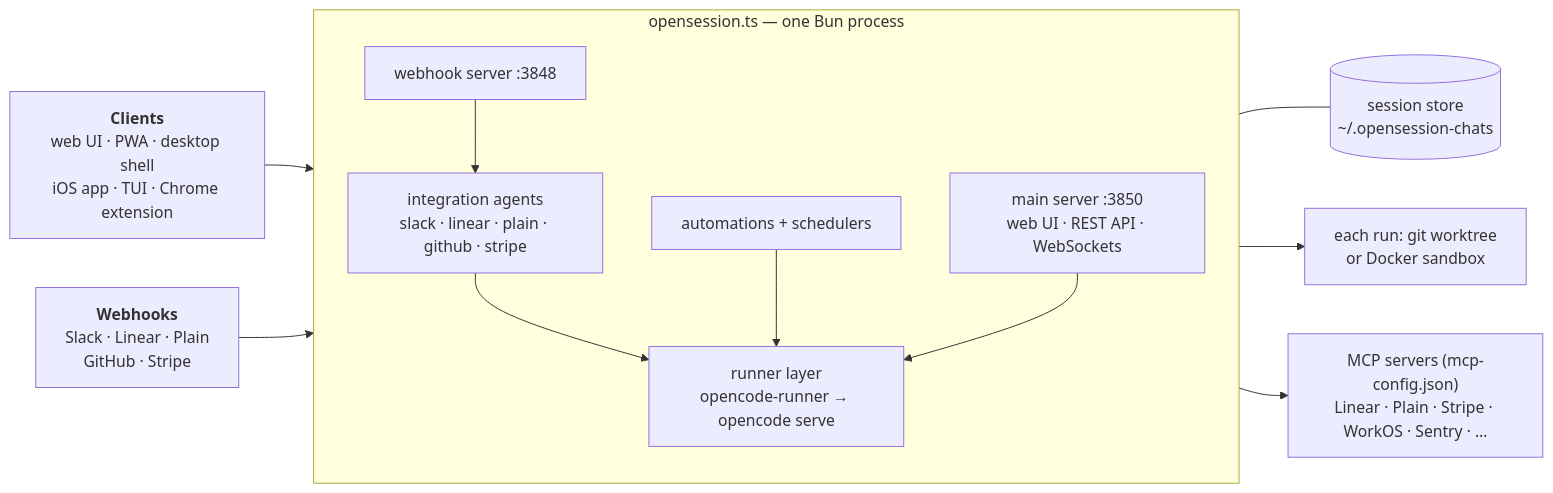
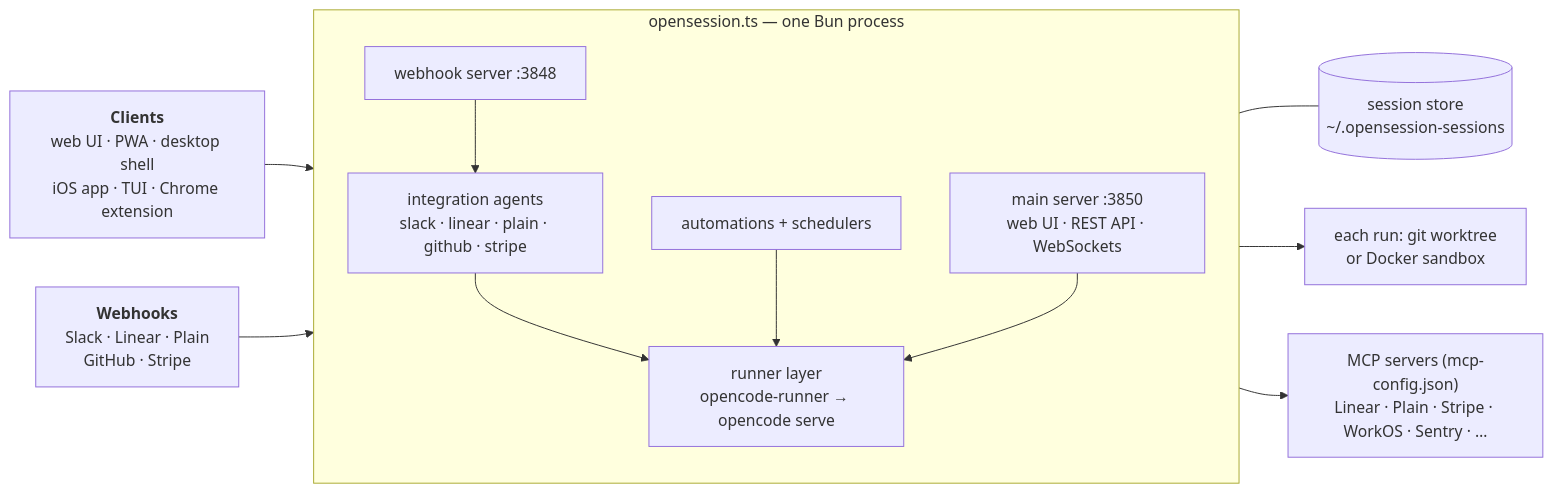
Before and after one commit to Recovr-Rehab/opensession: the diagram in docs/setup/README.md, drawn with Mermaid. The commit also changed other lines of this file and 246 other files, not shown here.

````diff
--- a/docs/setup/README.md
+++ b/docs/setup/README.md
@@ -26,24 +26,24 @@
 ```mermaid
 flowchart LR
   clients["<b>Clients</b><br/>web UI · PWA · desktop shell<br/>iOS app · TUI · Chrome extension"]
   hooks["<b>Webhooks</b><br/>Slack · Linear · Plain<br/>GitHub · Stripe"]
 
   subgraph bun["opensession.ts — one Bun process"]
     direction TB
     http["main server :3850<br/>web UI · REST API · WebSockets"]
     wh["webhook server :3848"]
     agents["integration agents<br/>slack · linear · plain · github · stripe"]
     autos["automations + schedulers"]
     runner["runner layer<br/>opencode-runner → opencode serve"]
     wh --> agents
     agents --> runner
     autos --> runner
     http --> runner
   end
 
   clients --> http
   hooks --> wh
-  http --- store[("session store<br/>~/.opensession-chats")]
+  http --- store[("session store<br/>~/.opensession-sessions")]
   runner --> exec["each run: git worktree<br/>or Docker sandbox"]
   runner --> mcp["MCP servers (mcp-config.json)<br/>Linear · Plain · Stripe · WorkOS · Sentry · …"]
 ```
````
